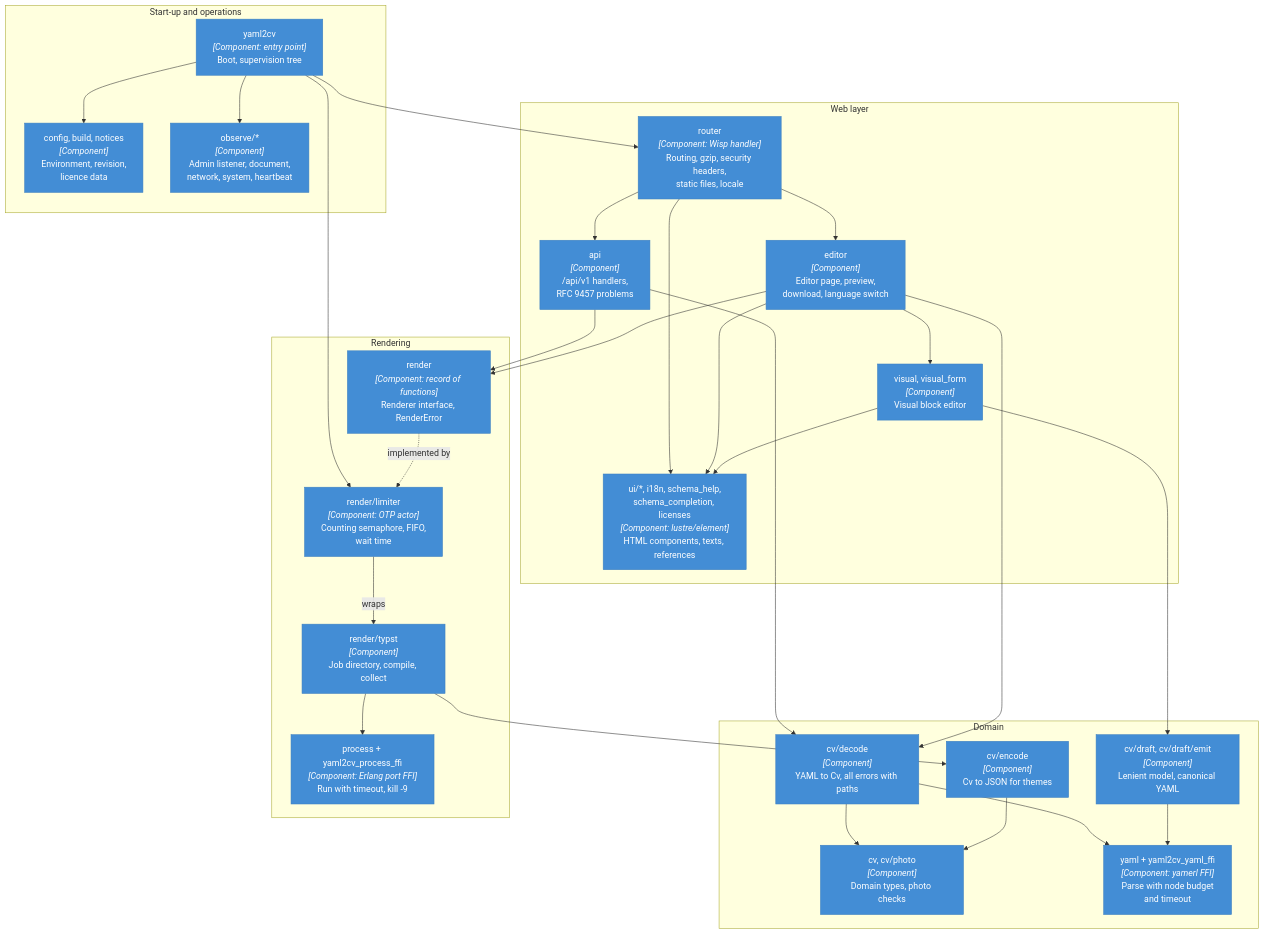
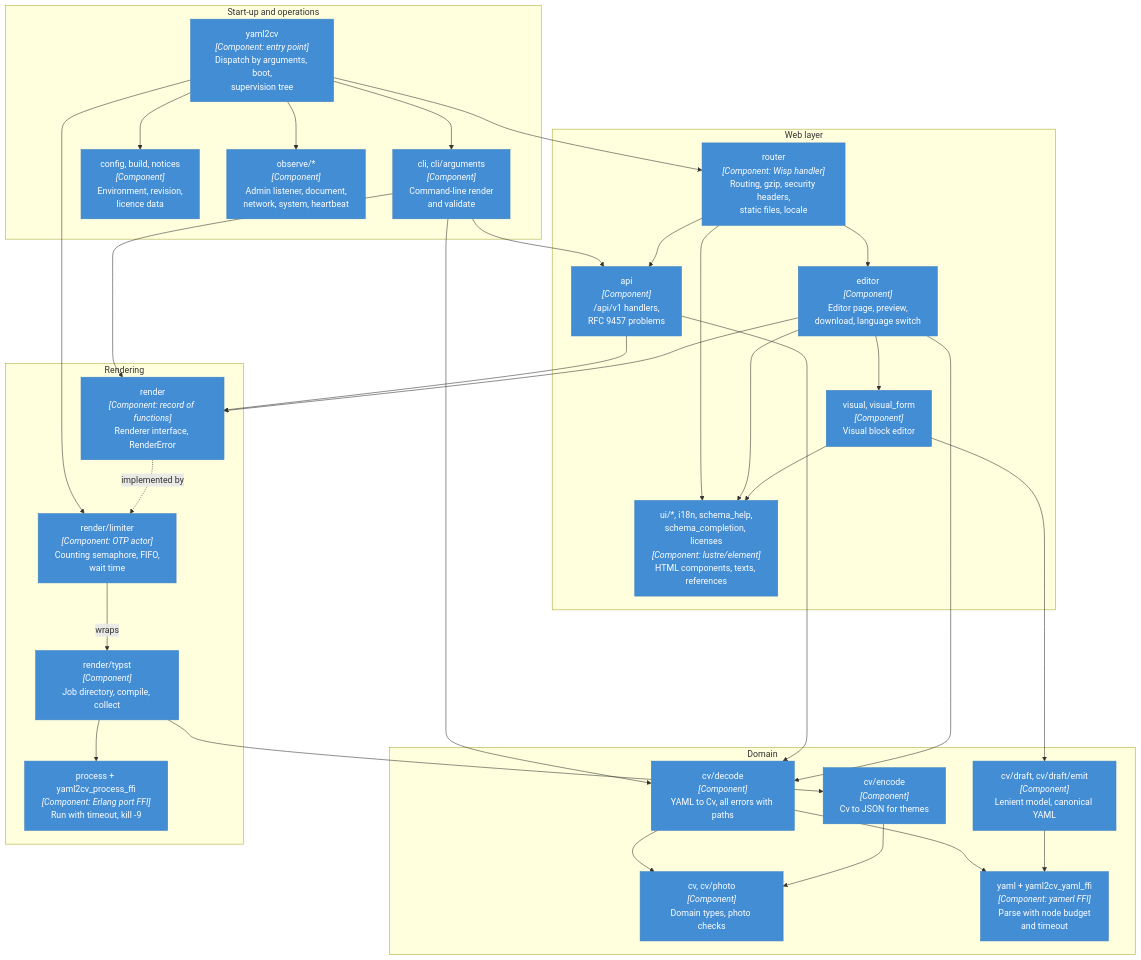
One commit to sourcloud/yaml2cv changed the fourth of 11 diagrams in docs/architecture.md. Above: the diagram before and after it, drawn with Mermaid. The commit also changed other lines of this file, not shown here.

Commit message:
docs(architecture): describe the command-line mode

````diff
--- a/docs/architecture.md
+++ b/docs/architecture.md
@@ -235,57 +241,62 @@
 ```mermaid
 flowchart TB
     subgraph web["Web layer"]
         router["router<br/><i>[Component: Wisp handler]</i><br/>Routing, gzip, security headers,<br/>static files, locale"]:::container
         api["api<br/><i>[Component]</i><br/>/api/v1 handlers,<br/>RFC 9457 problems"]:::container
         editor["editor<br/><i>[Component]</i><br/>Editor page, preview,<br/>download, language switch"]:::container
         visual["visual, visual_form<br/><i>[Component]</i><br/>Visual block editor"]:::container
         ui["ui/*, i18n, schema_help,<br/>schema_completion, licenses<br/><i>[Component: lustre/element]</i><br/>HTML components, texts, references"]:::container
     end
 
     subgraph domain["Domain"]
         decode["cv/decode<br/><i>[Component]</i><br/>YAML to Cv, all errors with paths"]:::container
         draft["cv/draft, cv/draft/emit<br/><i>[Component]</i><br/>Lenient model, canonical YAML"]:::container
         model["cv, cv/photo<br/><i>[Component]</i><br/>Domain types, photo checks"]:::container
         encode["cv/encode<br/><i>[Component]</i><br/>Cv to JSON for themes"]:::container
         yaml["yaml + yaml2cv_yaml_ffi<br/><i>[Component: yamerl FFI]</i><br/>Parse with node budget<br/>and timeout"]:::container
     end
 
     subgraph rendering["Rendering"]
         renderer["render<br/><i>[Component: record of functions]</i><br/>Renderer interface, RenderError"]:::container
         limiter["render/limiter<br/><i>[Component: OTP actor]</i><br/>Counting semaphore, FIFO,<br/>wait time"]:::container
         typstmod["render/typst<br/><i>[Component]</i><br/>Job directory, compile, collect"]:::container
         process["process + yaml2cv_process_ffi<br/><i>[Component: Erlang port FFI]</i><br/>Run with timeout, kill -9"]:::container
     end
 
     subgraph ops["Start-up and operations"]
-        main["yaml2cv<br/><i>[Component: entry point]</i><br/>Boot, supervision tree"]:::container
+        main["yaml2cv<br/><i>[Component: entry point]</i><br/>Dispatch by arguments, boot,<br/>supervision tree"]:::container
+        cli["cli, cli/arguments<br/><i>[Component]</i><br/>Command-line render<br/>and validate"]:::container
         config["config, build, notices<br/><i>[Component]</i><br/>Environment, revision,<br/>licence data"]:::container
         observe["observe/*<br/><i>[Component]</i><br/>Admin listener, document,<br/>network, system, heartbeat"]:::container
     end
 
     main --> config
     main --> router
     main --> observe
     main --> limiter
+    main --> cli
+    cli --> decode
+    cli --> renderer
+    cli --> api
     router --> api
     router --> editor
     router --> ui
     editor --> visual
     editor --> ui
     visual --> draft
     visual --> ui
     api --> decode
     editor --> decode
     api --> renderer
     editor --> renderer
     decode --> yaml
     decode --> model
     draft --> yaml
     renderer -. "implemented by" .-> limiter
     limiter -- "wraps" --> typstmod
     typstmod --> encode
     typstmod --> process
     encode --> model
 
     classDef container fill:#438dd5,stroke:#3c7fc0,color:#fff
 ```
````
